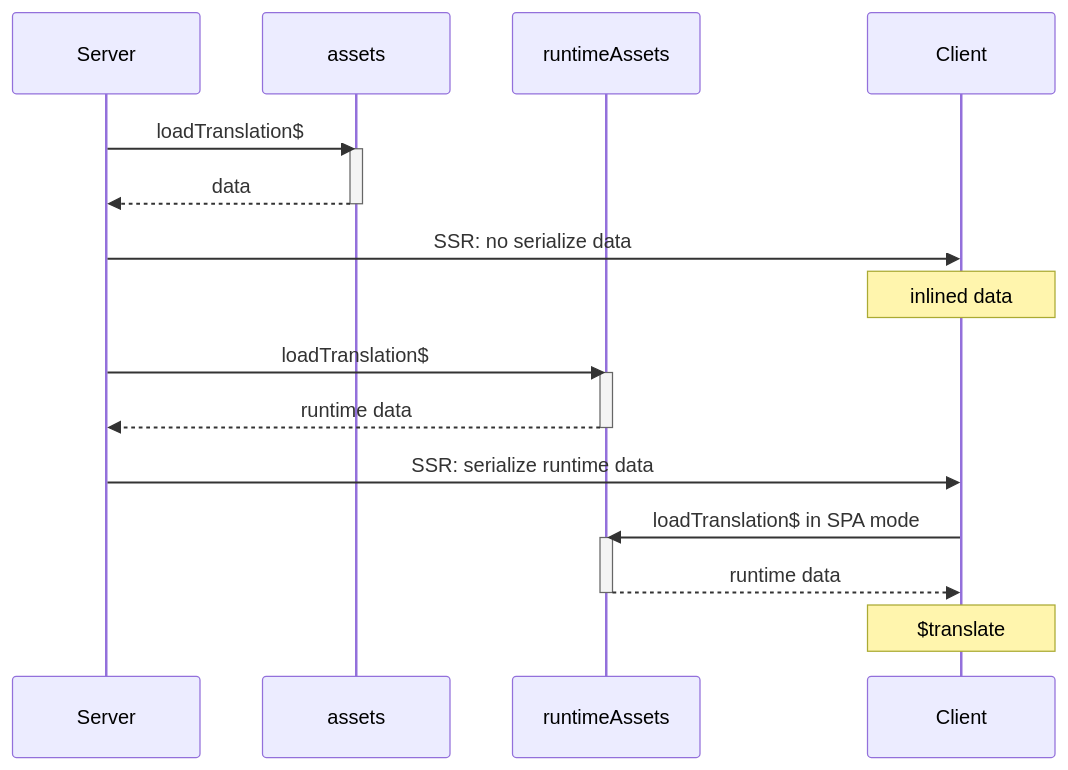
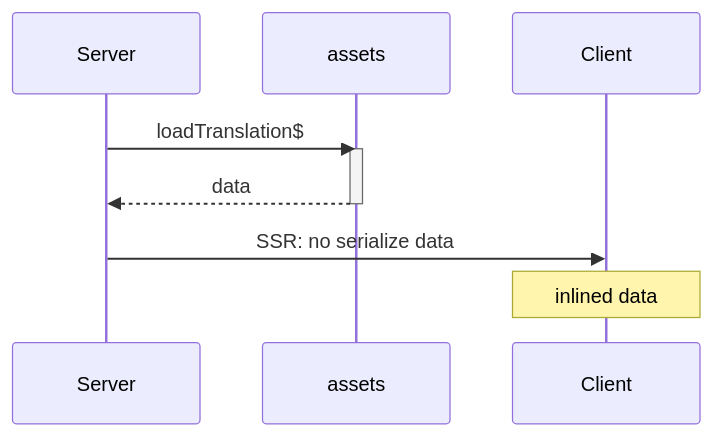
One commit to robisim74/qwik-speak changed the diagram in docs/inline.md. Above: the diagram before and after it, drawn with Mermaid. The commit also changed other lines of this file and 1 other file, not shown here.

````diff
--- a/docs/inline.md
+++ b/docs/inline.md
@@ -12,23 +12,12 @@
 ```mermaid
 sequenceDiagram
     participant Server
     participant assets
-    participant runtimeAssets
     participant Client
     Server->>assets: loadTranslation$
     activate assets
     assets-->>Server: data
     deactivate assets
     Server->>Client: SSR: no serialize data
-    Note over Client: inlined data 
-    Server->>runtimeAssets: loadTranslation$
-    activate runtimeAssets
-    runtimeAssets-->>Server: runtime data
-    deactivate runtimeAssets
-    Server->>Client: SSR: serialize runtime data
-    Client->>runtimeAssets: loadTranslation$ in SPA mode
-    activate runtimeAssets
-    runtimeAssets-->>Client: runtime data
-    deactivate runtimeAssets
-    Note over Client: $translate
+    Note over Client: inlined data
 ```
````
